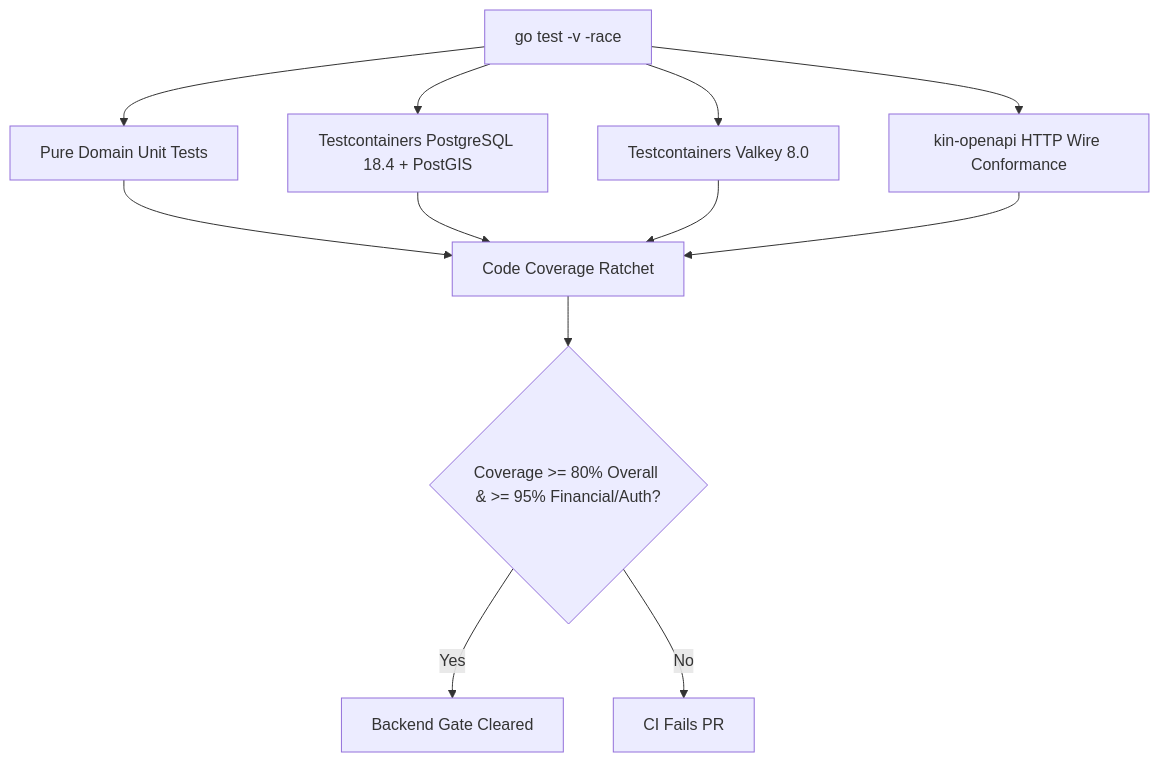
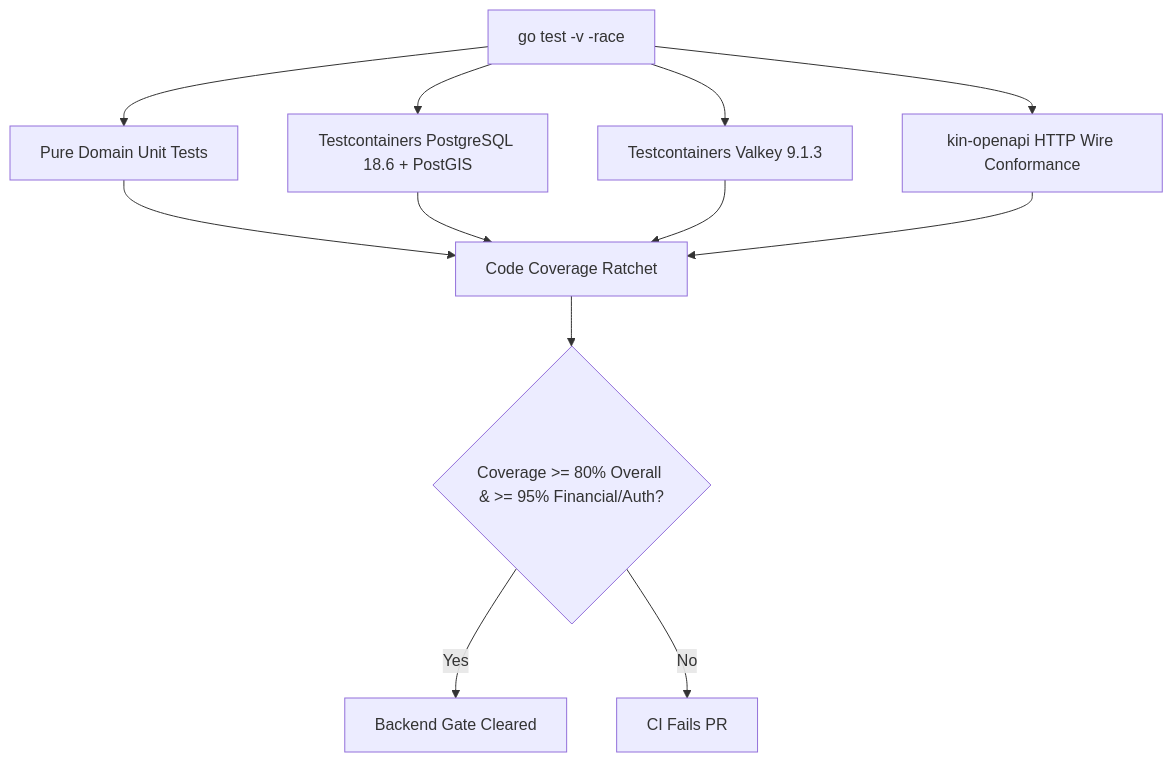
One commit to YDink/Heavy-Machinery-Logistics-Rental changed the diagram in docs/components/backend/AGENTS.md. Above: the diagram before and after it, drawn with Mermaid. The commit also changed other lines of this file and 212 other files, not shown here.

````diff
--- a/docs/components/backend/AGENTS.md
+++ b/docs/components/backend/AGENTS.md
@@ -563,16 +563,16 @@
 ```mermaid
 flowchart TD
   GoTest[go test -v -race] --> UnitDomain[Pure Domain Unit Tests]
-  GoTest --> IntegPG[Testcontainers PostgreSQL 18.4 + PostGIS]
-  GoTest --> IntegValkey[Testcontainers Valkey 8.0]
+  GoTest --> IntegPG[Testcontainers PostgreSQL 18.6 + PostGIS]
+  GoTest --> IntegValkey[Testcontainers Valkey 9.1.3]
   GoTest --> KinWire[kin-openapi HTTP Wire Conformance]
   
   UnitDomain --> Coverage[Code Coverage Ratchet]
   IntegPG --> Coverage
   IntegValkey --> Coverage
   KinWire --> Coverage
   
   Coverage --> Result{Coverage >= 80% Overall & >= 95% Financial/Auth?}
   Result -- Yes --> Pass[Backend Gate Cleared]
   Result -- No --> Fail[CI Fails PR]
 ```
````
